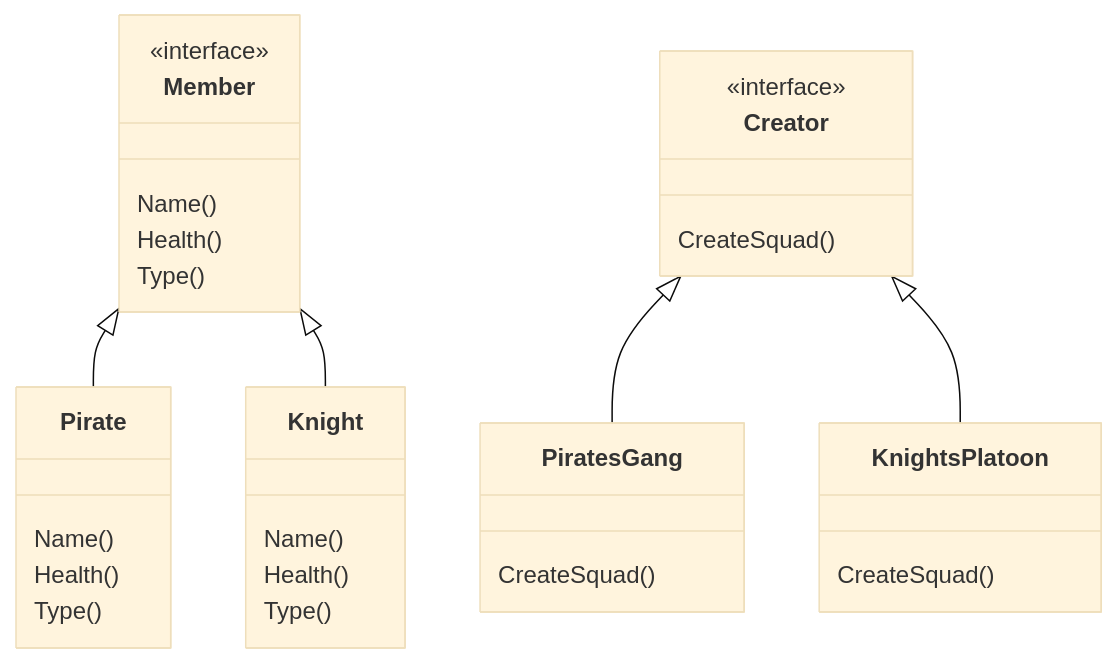
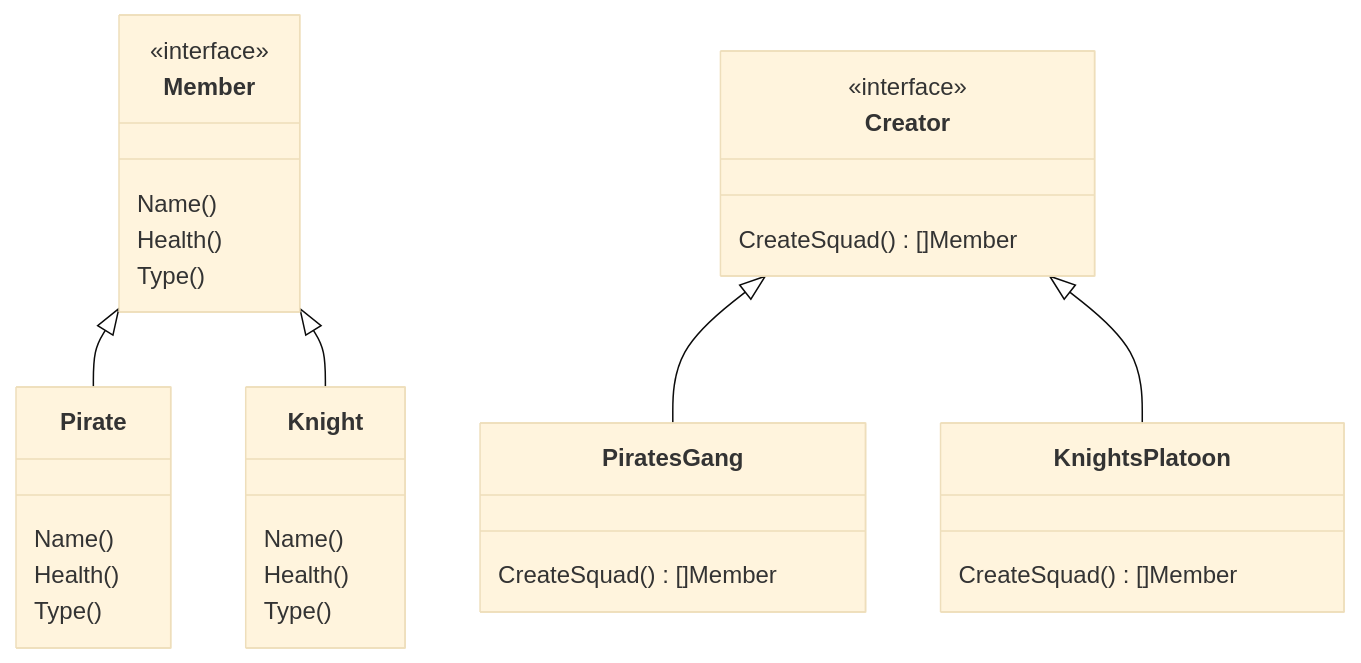
One commit to nburunova/patterns changed the diagram in abstract_method/README.md. Above: the diagram before and after it, drawn with Mermaid (base theme).

Commit message:
update abstract method readme

````diff
--- a/abstract_method/README.md
+++ b/abstract_method/README.md
@@ -3,27 +3,27 @@
 ```mermaid
 classDiagram
     class Member
     <<interface>> Member
     Member : Name()
     Member : Health()
     Member : Type()
 
     Member <|-- Pirate
     Pirate : Name()
     Pirate : Health()
     Pirate : Type()
 
     Member <|-- Knight
     Knight : Name()
     Knight : Health()
     Knight : Type()
 
     class Creator
     <<interface>> Creator
-    Creator : CreateSquad()
+    Creator : CreateSquad() []Member
 
     Creator <|-- PiratesGang
-    PiratesGang : CreateSquad()
+    PiratesGang : CreateSquad() []Member
     Creator <|-- KnightsPlatoon
-    KnightsPlatoon : CreateSquad()
+    KnightsPlatoon : CreateSquad() []Member
 ```
````
